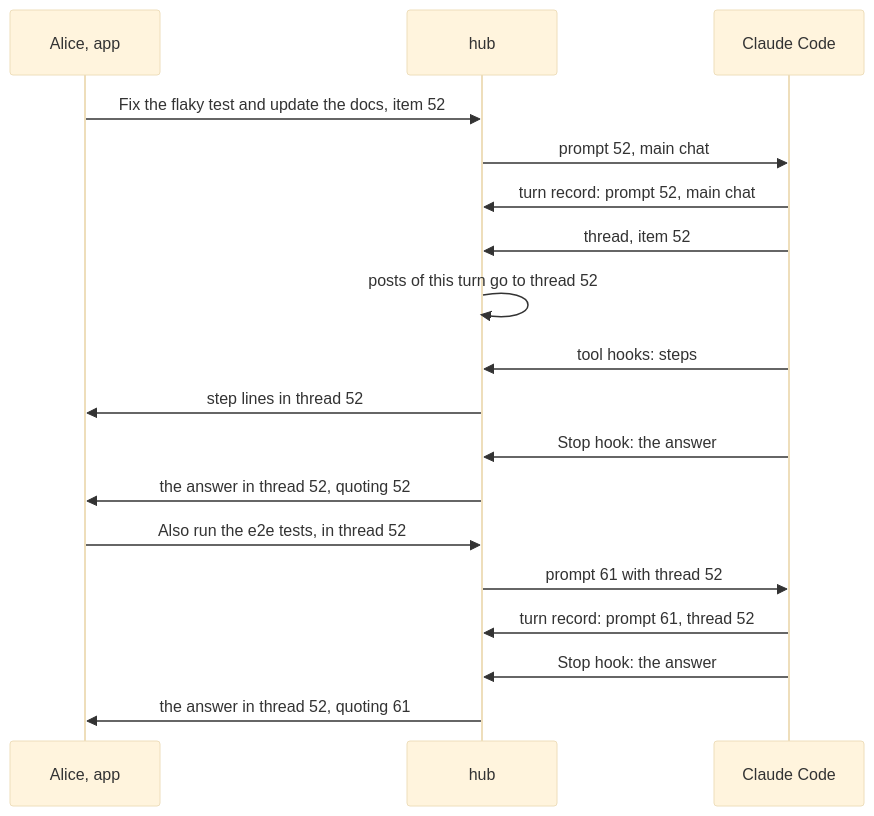
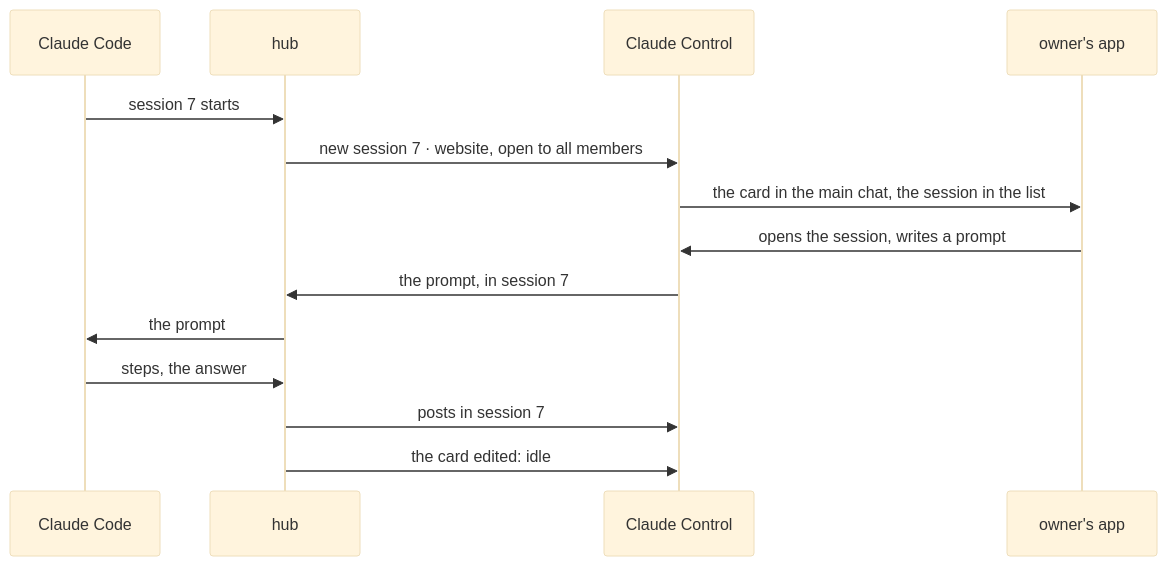
The second of 5 diagrams in plans/2026-11-13-mcp-threads.md (evgeny-simplex/simplex-chat), drawn with Mermaid (base theme) before and after one commit. The commit also changed other lines of this file, not shown here.

````diff
--- a/plans/2026-11-13-mcp-threads.md
+++ b/plans/2026-11-13-mcp-threads.md
@@ -140,20 +94,16 @@
 ```mermaid
 sequenceDiagram
-  participant A as Alice, app
+  participant CC as Claude Code
   participant H as hub
-  participant C as Claude Code
-  A->>H: Fix the flaky test and update the docs, item 52
-  H->>C: prompt 52, main chat
-  C->>H: turn record: prompt 52, main chat
-  C->>H: thread, item 52
-  H->>H: posts of this turn go to thread 52
-  C->>H: tool hooks: steps
-  H->>A: step lines in thread 52
-  C->>H: Stop hook: the answer
-  H->>A: the answer in thread 52, quoting 52
-  A->>H: Also run the e2e tests, in thread 52
-  H->>C: prompt 61 with thread 52
-  C->>H: turn record: prompt 61, thread 52
-  C->>H: Stop hook: the answer
-  H->>A: the answer in thread 52, quoting 61
+  participant G as Claude Control
+  participant O as owner's app
+  CC->>H: session 7 starts
+  H->>G: new session 7 · website, open to all members
+  G->>O: the card in the main chat, the session in the list
+  O->>G: opens the session, writes a prompt
+  G->>H: the prompt, in session 7
+  H->>CC: the prompt
+  CC->>H: steps, the answer
+  H->>G: posts in session 7
+  H->>G: the card edited: idle
 ```
````
